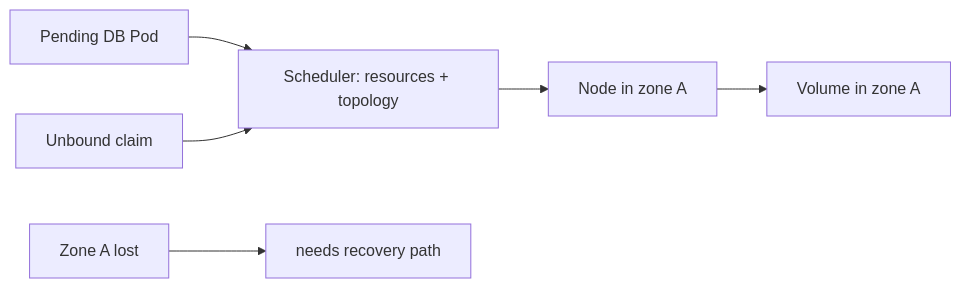
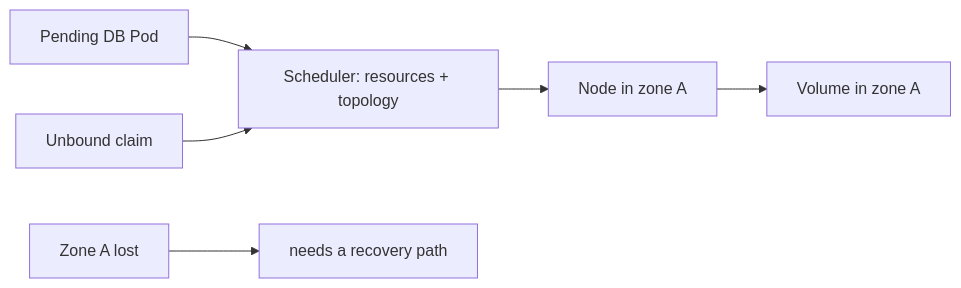
One commit to darshan-raul/apollo11-docs changed the diagram in docs/learn/cloud/topology-scaling-and-upgrades.md. Above: the diagram before and after it, drawn with Mermaid. The commit also changed other lines of this file and 55 other files, not shown here.

````diff
--- a/docs/learn/cloud/topology-scaling-and-upgrades.md
+++ b/docs/learn/cloud/topology-scaling-and-upgrades.md
@@ -18,6 +26,6 @@
 ```mermaid
 flowchart LR
   P[Pending DB Pod] --> S[Scheduler: resources + topology]
   C[Unbound claim] --> S --> A[Node in zone A] --> D[Volume in zone A]
-  Z[Zone A lost] --> L[needs recovery path]
+  Z[Zone A lost] --> L[needs a recovery path]
 ```
````
